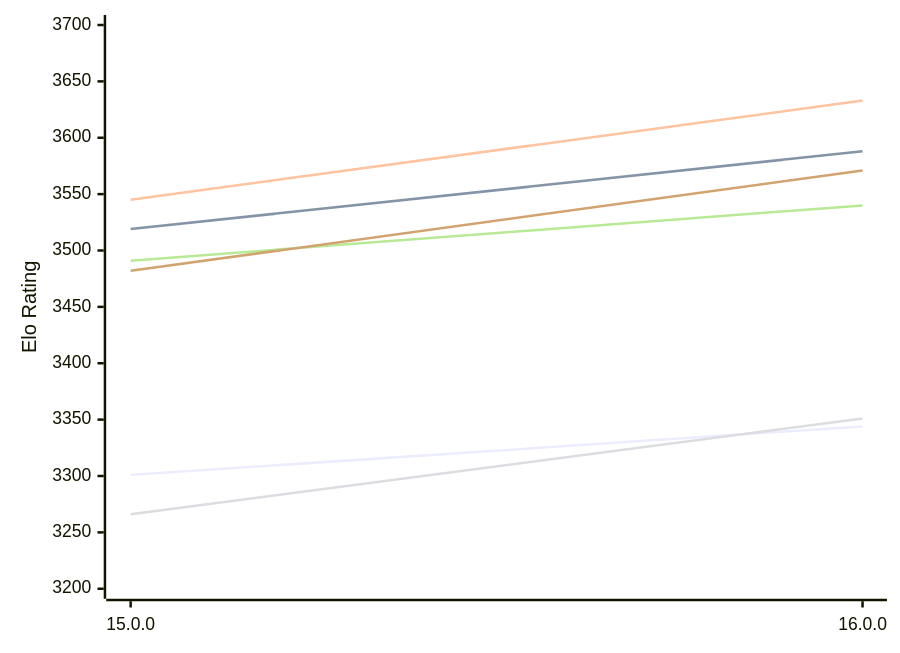
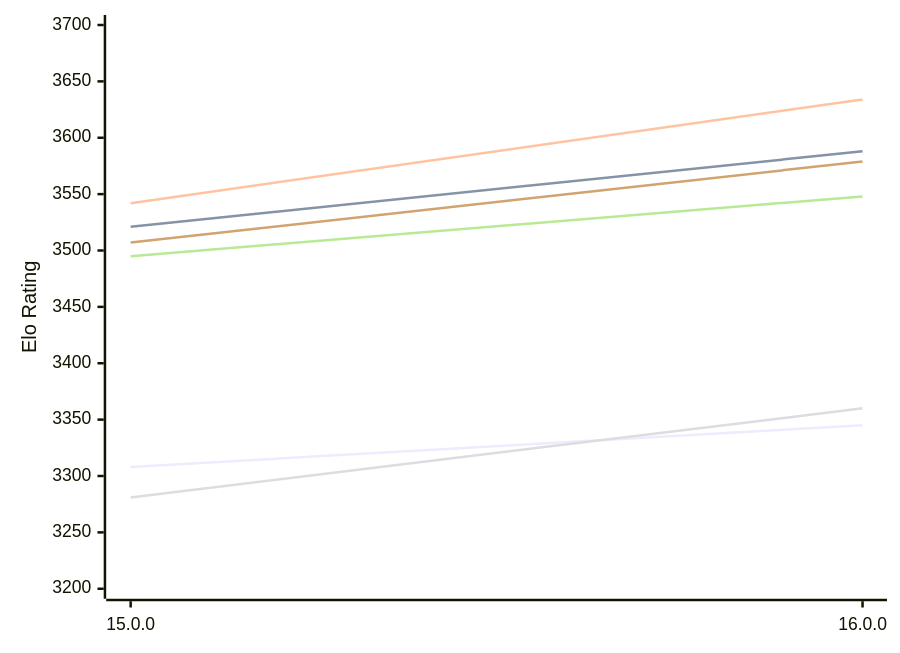
The first of 2 diagrams in engines/Halogen.md (computer-chess-index/cci), drawn with Mermaid before and after one commit. The commit also changed other lines of this file, not shown here.

Commit message:
Update CCI Ratings (ELO VLTC) - 2026-11-25

````diff
--- a/engines/Halogen.md
+++ b/engines/Halogen.md
@@ -50,12 +50,12 @@
 ```mermaid
 %%{init: {"theme":"base","themeVariables":{"seriesColors:['#a3a3a3','#222221','#faa371']}}}%%
 xychart-beta
   x-axis ["15.0.0", "16.0.0"]
   y-axis "Elo Rating" 3200 --> 3700
-  line "E1: STC (8.0+0.08s)" [3301, 3344]
-  line "E1: LTC (60.0+0.60s)" [3519, 3588]
-  line "E1: VLTC (2m24s+1.12s)" [3545, 3633]
-  line "P1: STC (8.0+0.08s)" [3266, 3351]
-  line "P1: LTC (60.0+0.60s)" [3491, 3540]
-  line "P1: VLTC (2m24s+1.12s)" [3482, 3571]
+  line "E1: STC (8.0+0.08s)" [3308, 3345]
+  line "E1: LTC (60.0+0.60s)" [3521, 3588]
+  line "E1: VLTC (2m24s+1.12s)" [3542, 3634]
+  line "P1: STC (8.0+0.08s)" [3281, 3360]
+  line "P1: LTC (60.0+0.60s)" [3495, 3548]
+  line "P1: VLTC (2m24s+1.12s)" [3507, 3579]
 ```
````
